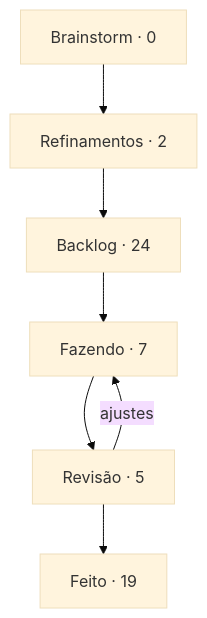
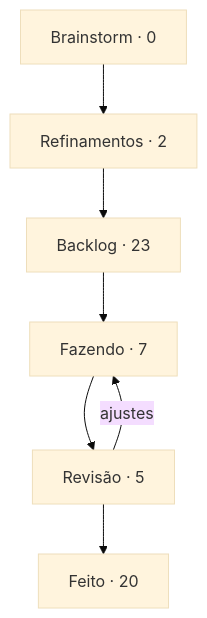
One commit to StudioVibi/VibiKanban changed the diagram in boards/dungeon-bend/BOARD.md. Above: the diagram before and after it, drawn with Mermaid (base theme). The commit also changed other lines of this file and 2 other files, not shown here.

````diff
--- a/boards/dungeon-bend/BOARD.md
+++ b/boards/dungeon-bend/BOARD.md
@@ -5,12 +5,12 @@
 ```mermaid
 flowchart TD
   brainstorm["Brainstorm · 0"] --> refinamentos["Refinamentos · 2"]
-  refinamentos --> backlog["Backlog · 24"]
+  refinamentos --> backlog["Backlog · 23"]
   backlog --> doing["Fazendo · 7"]
   doing --> review["Revisão · 5"]
-  review --> done["Feito · 19"]
+  review --> done["Feito · 20"]
   review -->|ajustes| doing
   doing:::blue
   review:::yellow
   done:::green
 ```
````
